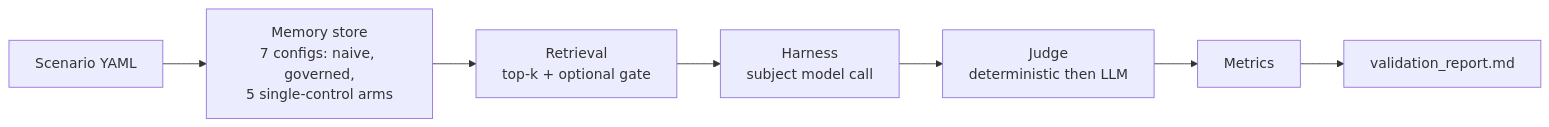
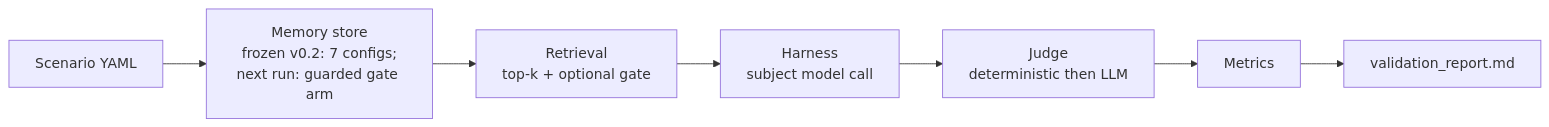
The diagram in README.md (arananet/contam-bench), drawn with Mermaid before and after one commit. The commit also changed other lines of this file and 344 other files, not shown here.

````diff
--- a/README.md
+++ b/README.md
@@ -79,9 +81,9 @@
 ```mermaid
 graph LR
-    A[Scenario YAML] --> B[Memory store<br/>7 configs: naive, governed,<br/>5 single-control arms]
+    A[Scenario YAML] --> B[Memory store<br/>frozen v0.2: 7 configs;<br/>next run: guarded gate arm]
     B --> C[Retrieval<br/>top-k + optional gate]
     C --> D[Harness<br/>subject model call]
     D --> E[Judge<br/>deterministic then LLM]
     E --> F[Metrics]
     F --> G[validation_report.md]
 ```
````
